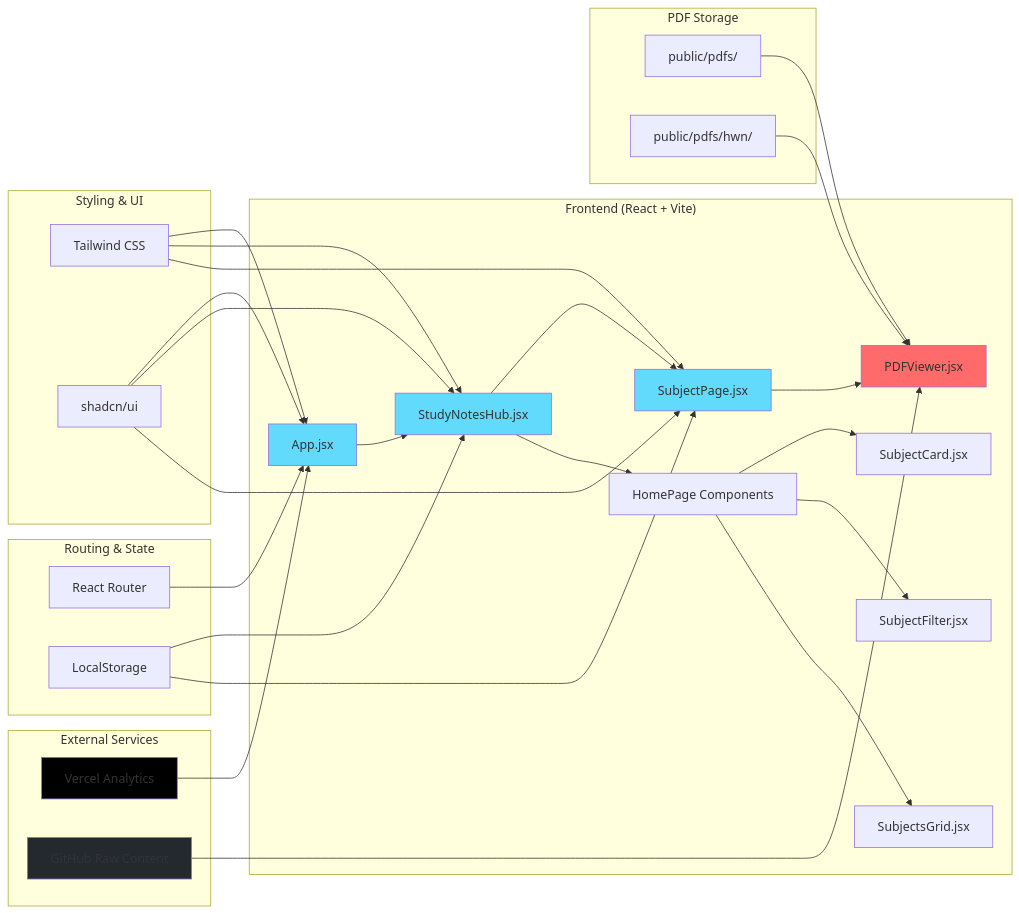
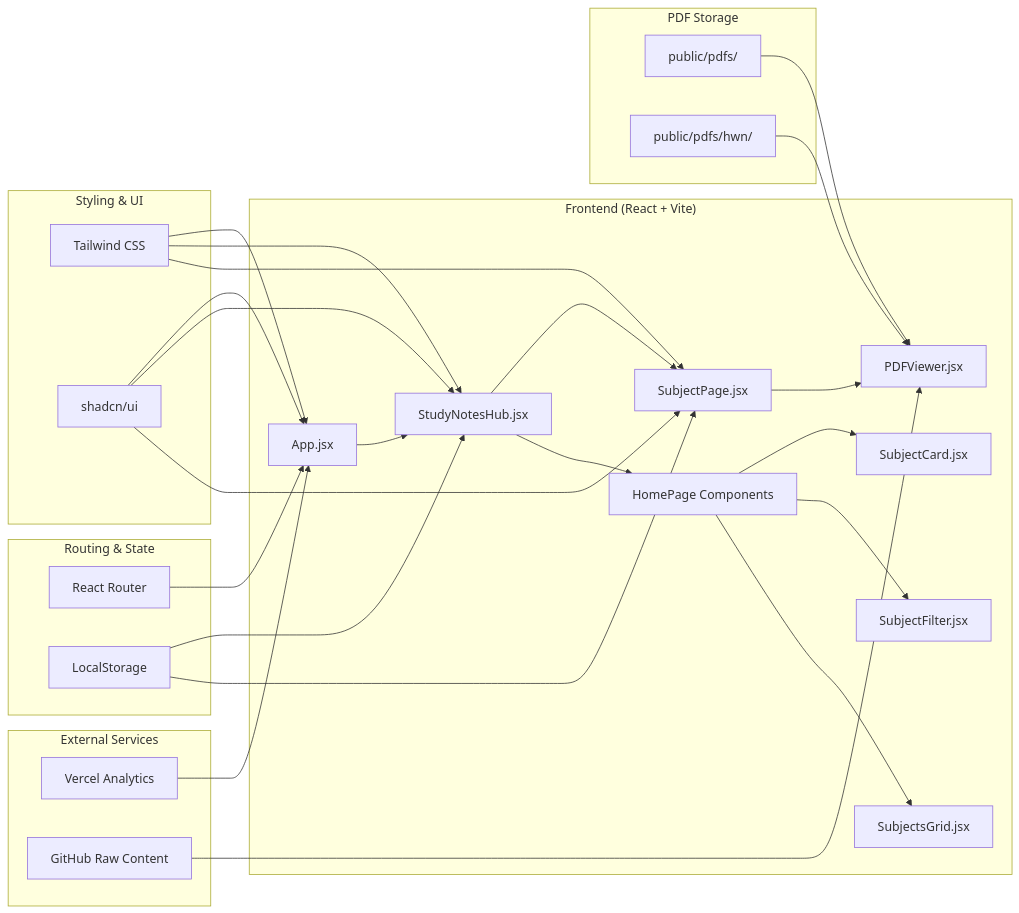
Before and after one commit to rajofearth/study-notes-hub: the second of 4 diagrams in README.md, drawn with Mermaid. The commit also changed other lines of this file, not shown here.

````diff
--- a/README.md
+++ b/README.md
@@ -51,44 +46,38 @@
 ```mermaid
 graph LR
     subgraph "Frontend (React + Vite)"
         A[App.jsx] --> B[StudyNotesHub.jsx]
         B --> C[SubjectPage.jsx]
         B --> D[HomePage Components]
         C --> E[PDFViewer.jsx]
         D --> F[SubjectCard.jsx]
         D --> G[SubjectFilter.jsx]
         D --> H[SubjectsGrid.jsx]
     end
     
     subgraph "Styling & UI"
         I[Tailwind CSS] --> A
         I --> B
         I --> C
         J[shadcn/ui] --> A
         J --> B
         J --> C
     end
     
     subgraph "Routing & State"
         K[React Router] --> A
         L[LocalStorage] --> B
         L --> C
     end
     
     subgraph "External Services"
         M[Vercel Analytics] --> A
         N[GitHub Raw Content] --> E
     end
     
     subgraph "PDF Storage"
         O[public/pdfs/] --> E
         P[public/pdfs/hwn/] --> E
     end
-    
-    style A fill:#61dafb
-    style B fill:#61dafb
-    style C fill:#61dafb
-    style E fill:#ff6b6b
-    style M fill:#000000
-    style N fill:#24292e
+
 ```
````
